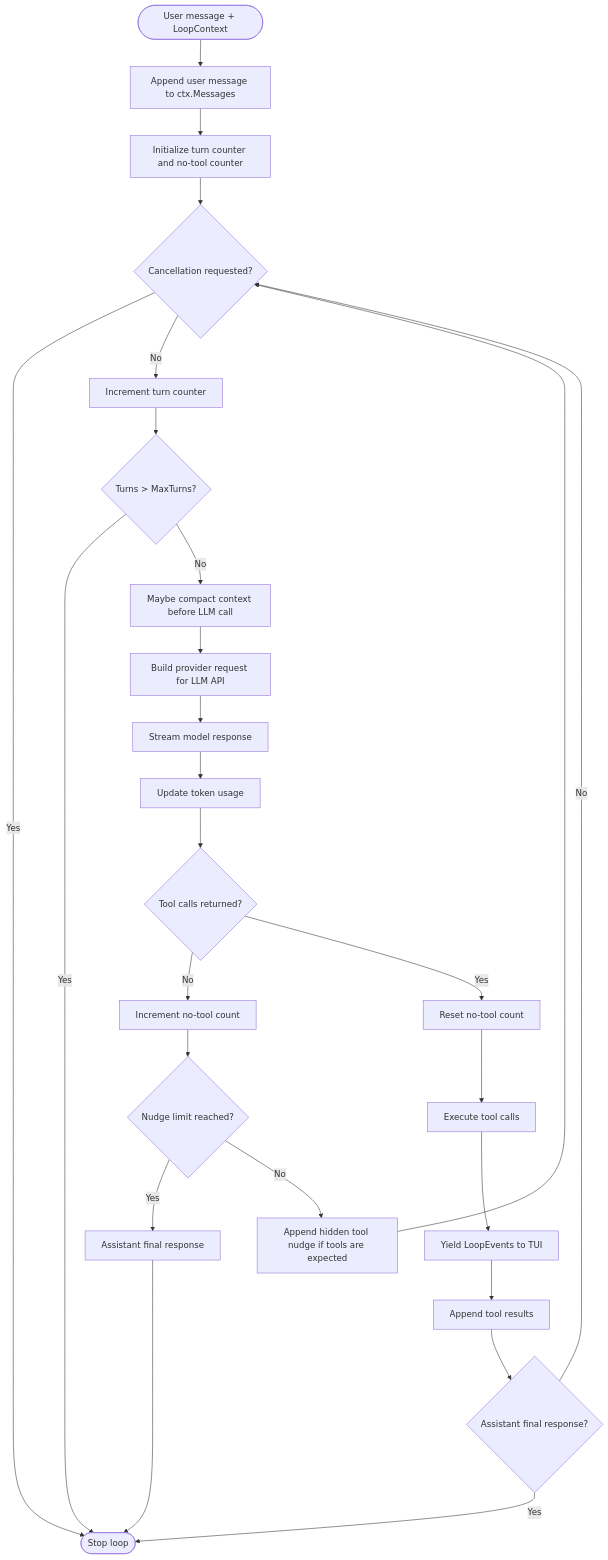
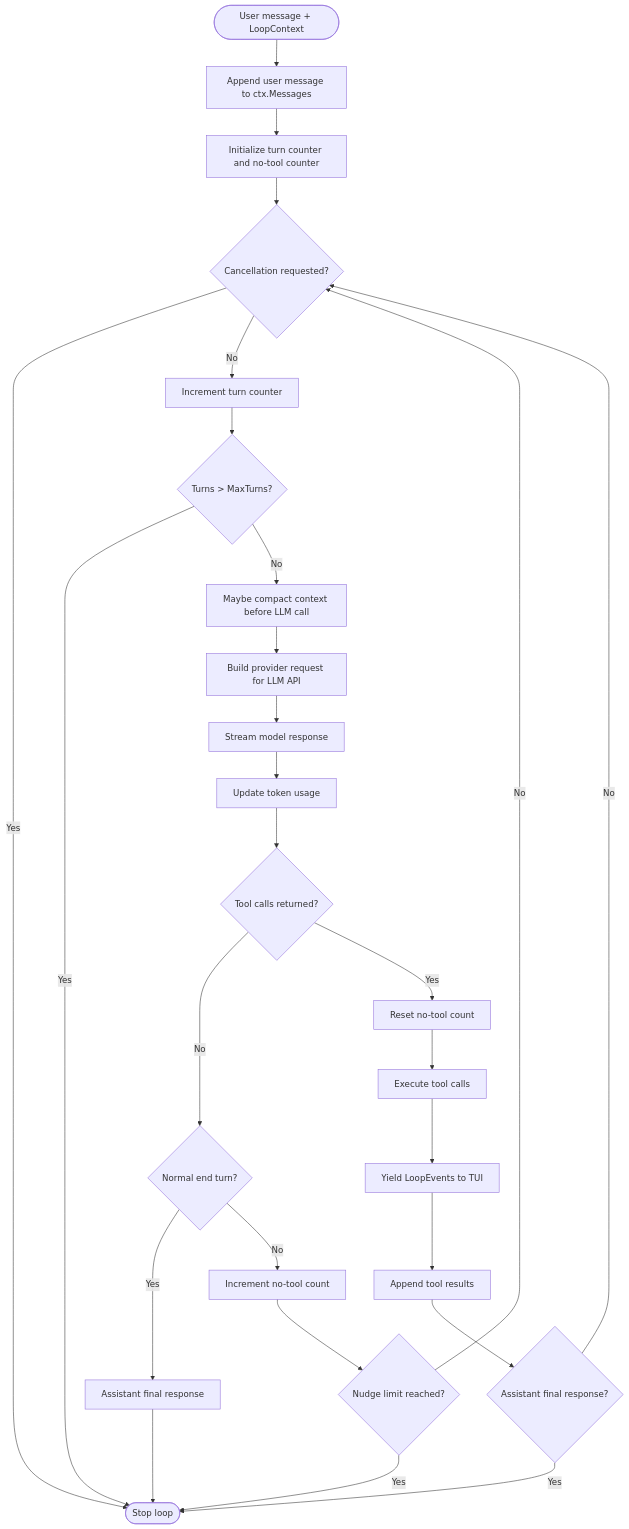
Before and after one commit to loxsmoke/dotsy: the diagram in docs/07-agent-loop.md, drawn with Mermaid. The commit also changed other lines of this file and 75 other files, not shown here.

````diff
--- a/docs/07-agent-loop.md
+++ b/docs/07-agent-loop.md
@@ -18,28 +18,29 @@
 ```mermaid
 flowchart TD
     Start([User message + LoopContext]) --> Append[Append user message to ctx.Messages]
     Append --> Init[Initialize turn counter and no-tool counter]
     Init --> Turn{Cancellation requested?}
     Turn -- Yes --> Stop([Stop loop])
     Turn -- No --> Count[Increment turn counter]
     Count --> Max{Turns > MaxTurns?}
     Max -- Yes --> Stop
     Max -- No --> Compact[Maybe compact context before LLM call]
     Compact --> Build[Build provider request for LLM API]
     Build --> Stream[Stream model response]
     Stream --> Usage[Update token usage]
     Usage --> Tools{Tool calls returned?}
-    Tools -- No --> Nudge[Increment no-tool count]
+    Tools -- No --> EndTurn{Normal end turn?}
+    EndTurn -- Yes --> Final[Assistant final response]
+    EndTurn -- No --> Nudge[Increment no-tool count]
     Nudge --> Limit{Nudge limit reached?}
-    Limit -- Yes --> Final[Assistant final response]
-    Limit -- No --> AddNudge[Append hidden tool nudge if tools are expected]
-    AddNudge --> Turn
+    Limit -- Yes --> Stop
+    Limit -- No --> Turn
     Tools -- Yes --> Reset[Reset no-tool count]
     Reset --> Execute[Execute tool calls]
     Execute --> Events[Yield LoopEvents to TUI]
     Events --> Results[Append tool results]
     Results --> Done{Assistant final response?}
     Done -- Yes --> Stop
     Done -- No --> Turn
     Final --> Stop
 ```
````
